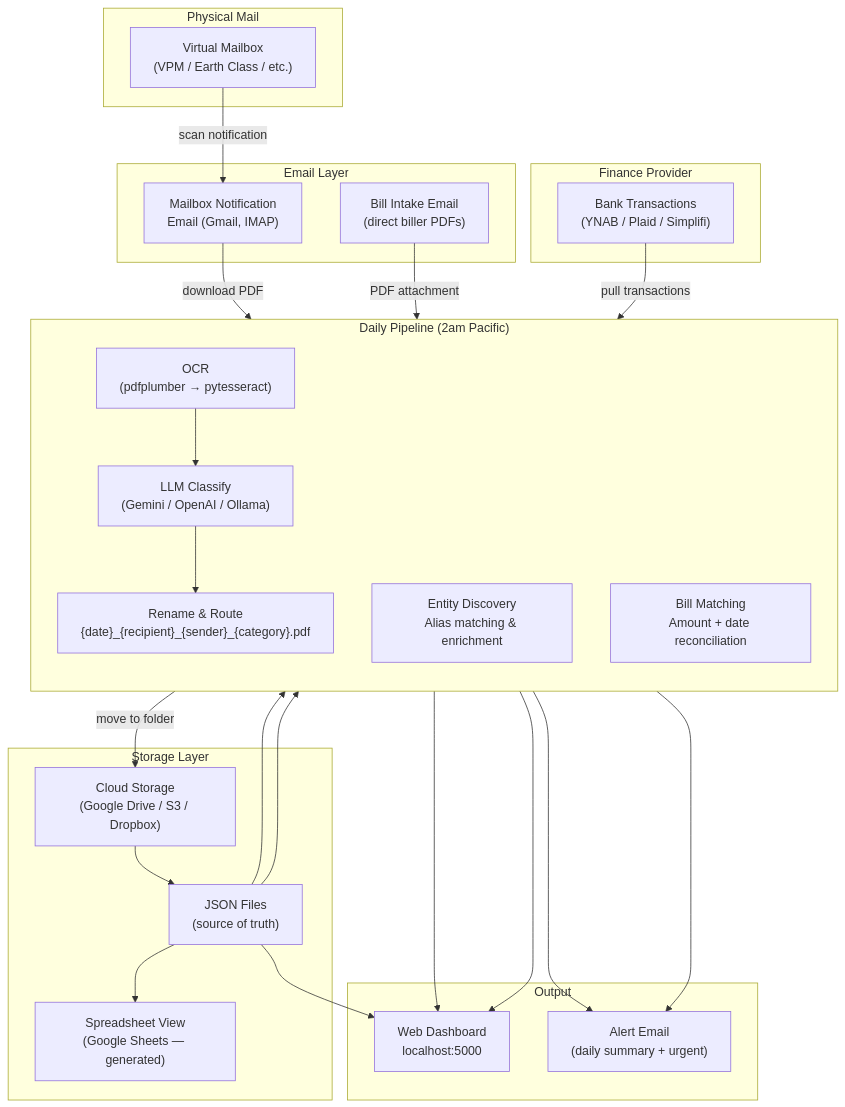
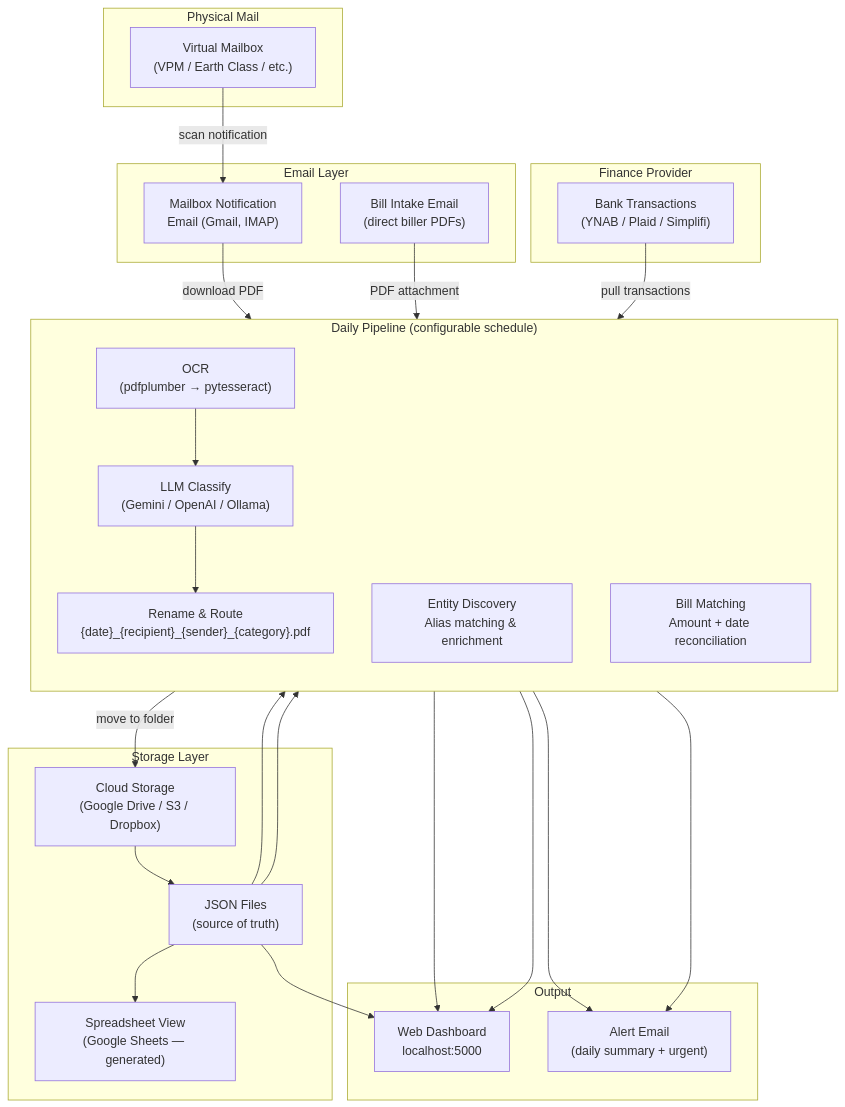
One commit to PostMule/postmule changed the diagram in docs/architecture.md. Above: the diagram before and after it, drawn with Mermaid. The commit also changed 3 other files, not shown here.

First line of the commit message:
Issue #79: Fix docs — daily schedule is configurable, not fixed 2am Pacific

````diff
--- a/docs/architecture.md
+++ b/docs/architecture.md
@@ -5,52 +5,52 @@
 ```mermaid
 graph TB
     subgraph Physical["Physical Mail"]
         VPM["Virtual Mailbox\n(VPM / Earth Class / etc.)"]
     end
 
     subgraph Email["Email Layer"]
         NOTIF["Mailbox Notification\nEmail (Gmail, IMAP)"]
         INTAKE["Bill Intake Email\n(direct biller PDFs)"]
     end
 
-    subgraph Pipeline["Daily Pipeline (2am Pacific)"]
+    subgraph Pipeline["Daily Pipeline (configurable schedule)"]
         direction TB
         OCR["OCR\n(pdfplumber → pytesseract)"]
         LLM["LLM Classify\n(Gemini / OpenAI / Ollama)"]
         RENAME["Rename & Route\n{date}_{recipient}_{sender}_{category}.pdf"]
         ENTITY["Entity Discovery\nAlias matching & enrichment"]
         MATCH["Bill Matching\nAmount + date reconciliation"]
     end
 
     subgraph Storage["Storage Layer"]
         DRIVE["Cloud Storage\n(Google Drive / S3 / Dropbox)"]
         JSON["JSON Files\n(source of truth)"]
         SHEETS["Spreadsheet View\n(Google Sheets — generated)"]
     end
 
     subgraph Finance["Finance Provider"]
         BANK["Bank Transactions\n(YNAB / Plaid / Simplifi)"]
     end
 
     subgraph Output["Output"]
         DASH["Web Dashboard\nlocalhost:5000"]
         ALERT["Alert Email\n(daily summary + urgent)"]
     end
 
     VPM -->|scan notification| NOTIF
     NOTIF -->|download PDF| OCR
     INTAKE -->|PDF attachment| OCR
     OCR --> LLM
     LLM --> RENAME
     RENAME -->|move to folder| DRIVE
     DRIVE --> JSON
     JSON --> SHEETS
     JSON --> ENTITY
     JSON --> MATCH
     BANK -->|pull transactions| MATCH
     JSON --> DASH
     MATCH --> DASH
     ENTITY --> DASH
     MATCH --> ALERT
     ENTITY --> ALERT
 ```
````
